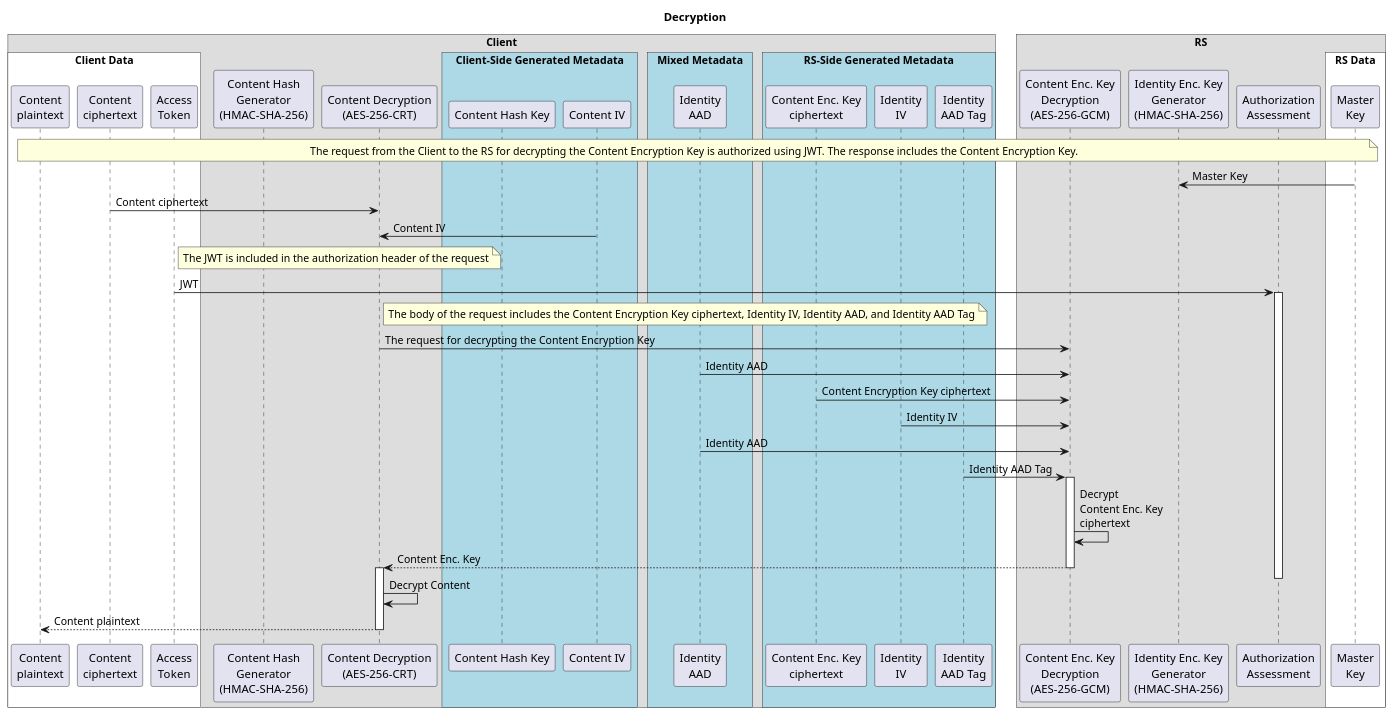
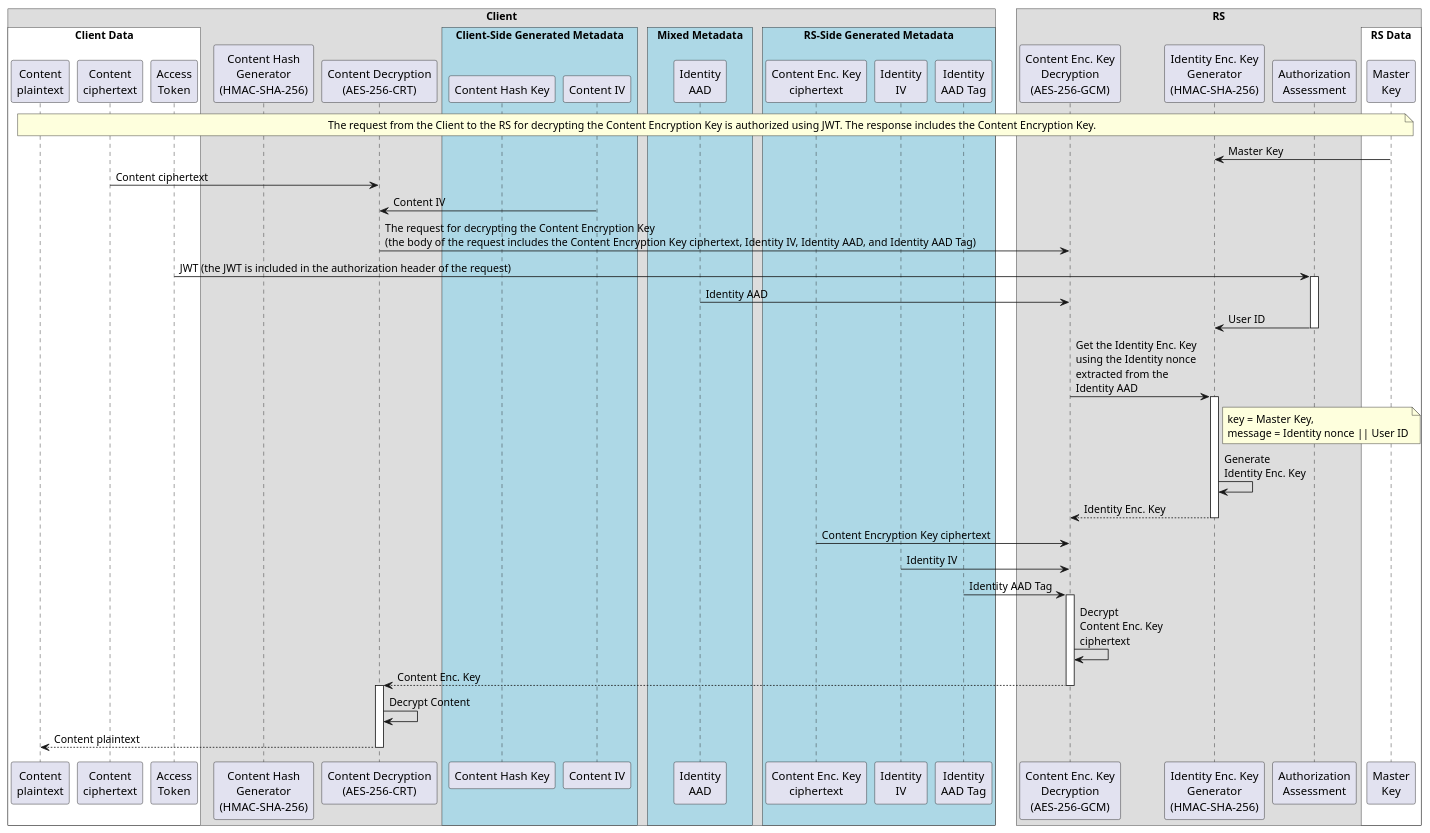
Before and after one commit to umalabs/ibe: the second of 2 diagrams in docs/CRYPTOGRAPHY.md, drawn with PlantUML. The commit also changed other lines of this file and 2 other files, not shown here.

````diff
--- a/docs/CRYPTOGRAPHY.md
+++ b/docs/CRYPTOGRAPHY.md
@@ -189,7 +189,6 @@
 ```plantuml
 @startuml
 !pragma teoz true
-title Decryption
 
 ' --- Client ---
 participant "Content Hash\nGenerator\n(HMAC-SHA-256)" as ContentHashGen
@@ -265,25 +264,29 @@
 ' --- Content ciphertext decryption ---
 ContentCiphertext -> ContentDecryption: Content ciphertext
 ContentIVMetadata -> ContentDecryption: Content IV
+' --- Request for decrypting the Content Encryption Key ---
+ContentDecryption -> ContentEncKeyDecryption: The request for decrypting the Content Encryption Key\n(the body of the request includes the Content Encryption Key ciphertext, Identity IV, Identity AAD, and Identity AAD Tag)
 ' --- Request Authorization Header
-note right of AccessToken: The JWT is included in the authorization header of the request
-AccessToken->AuthorizationAssessment: JWT
+AccessToken->AuthorizationAssessment: JWT (the JWT is included in the authorization header of the request)
 activate AuthorizationAssessment
-' --- Request Body ---
-note right of ContentDecryption: The body of the request includes the Content Encryption Key ciphertext, Identity IV, Identity AAD, and Identity AAD Tag
-ContentDecryption -> ContentEncKeyDecryption: The request for decrypting the Content Encryption Key
 ' --- Content Encryption Key decryption ---
 IdentityAADMetadata -> ContentEncKeyDecryption: Identity AAD
+AuthorizationAssessment-> IdentityEncKeyGen: User ID
+deactivate AuthorizationAssessment
+ContentEncKeyDecryption -> IdentityEncKeyGen: Get the Identity Enc. Key\nusing the Identity nonce\nextracted from the\nIdentity AAD
+activate IdentityEncKeyGen
+note right of IdentityEncKeyGen: key = Master Key,\nmessage = Identity nonce || User ID
+IdentityEncKeyGen -> IdentityEncKeyGen: Generate\nIdentity Enc. Key
+IdentityEncKeyGen --> ContentEncKeyDecryption: Identity Enc. Key
+deactivate IdentityEncKeyGen
 ContentEncKeyCiphertextMetadata -> ContentEncKeyDecryption: Content Encryption Key ciphertext
 IdentityIVMetadata -> ContentEncKeyDecryption: Identity IV
-IdentityAADMetadata -> ContentEncKeyDecryption: Identity AAD
 IdentityAADTagMetadata -> ContentEncKeyDecryption: Identity AAD Tag
 ' --- Content Encryption Key decryption process ---
 activate ContentEncKeyDecryption
 ContentEncKeyDecryption -> ContentEncKeyDecryption: Decrypt\nContent Enc. Key\nciphertext
 ContentEncKeyDecryption --> ContentDecryption: Content Enc. Key
 deactivate ContentEncKeyDecryption
-deactivate AuthorizationAssessment
 
 ' --- Content plaintext decryption process ---
 activate ContentDecryption
````
